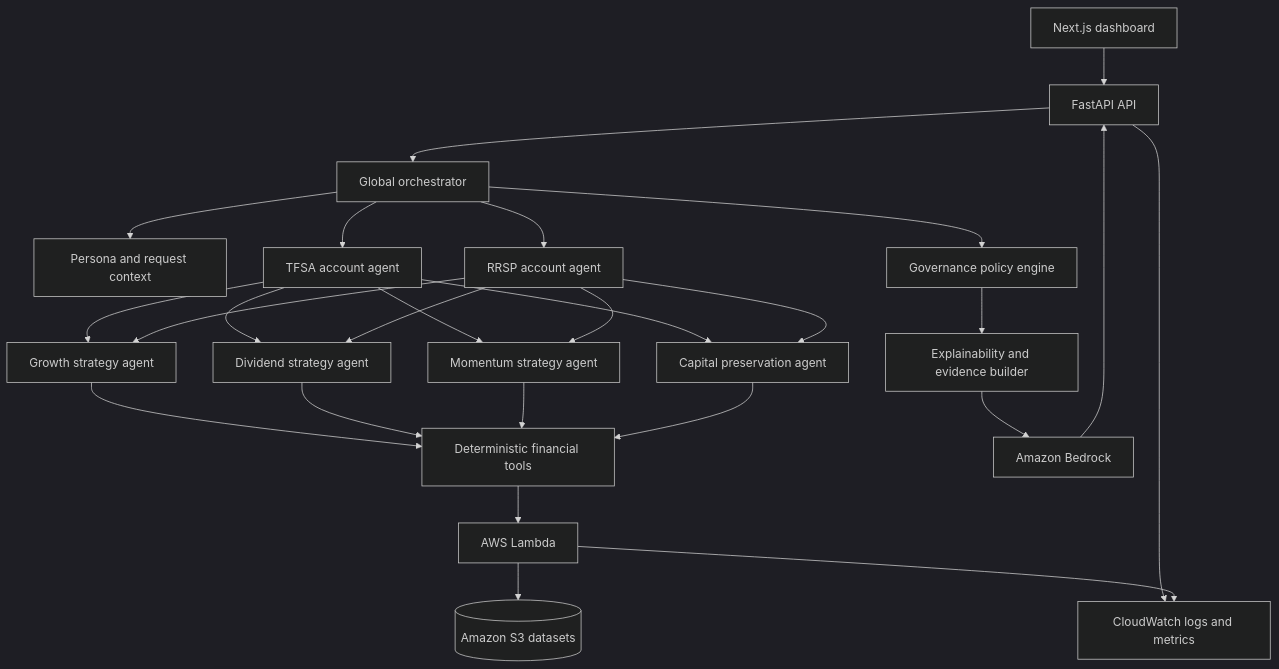
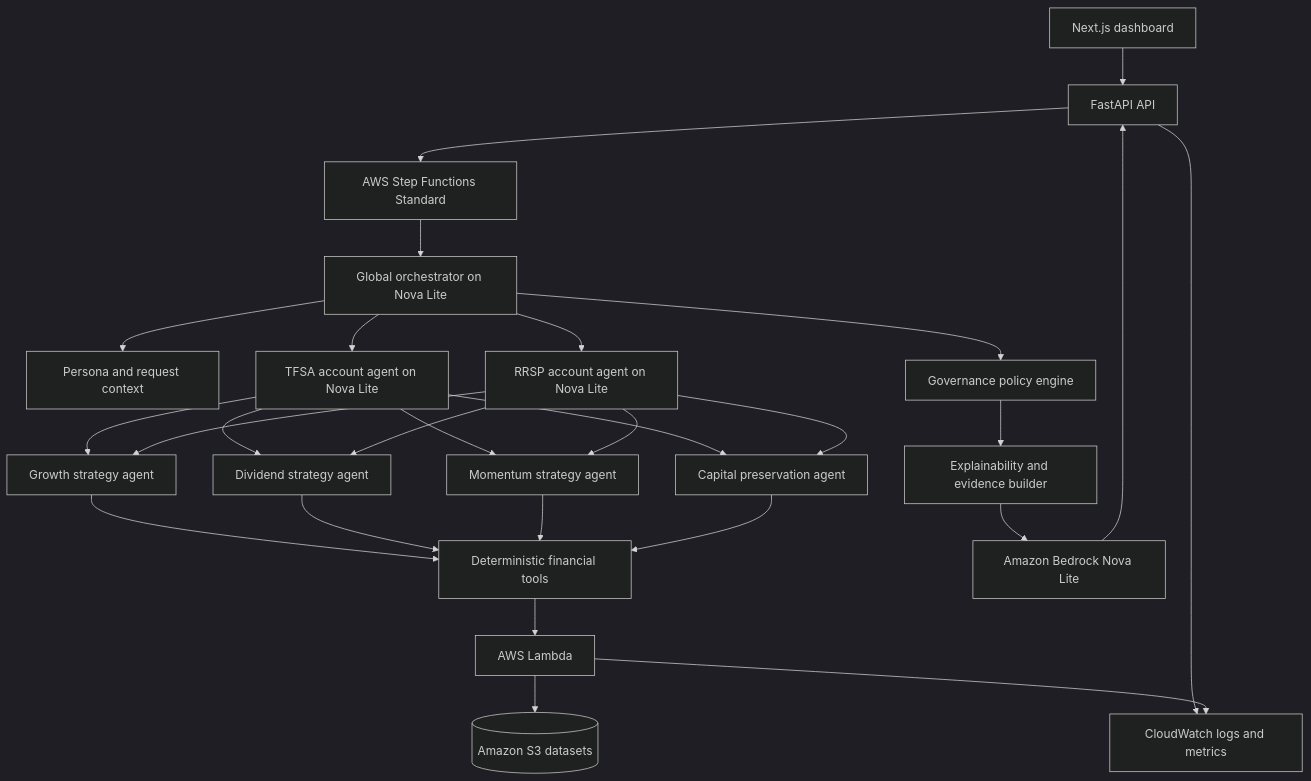
One commit to KneewYen/datathon2026 changed the diagram in docs/IMPLEMENTATION_PLAN.md. Above: the diagram before and after it, drawn with Mermaid (dark theme). The commit also changed other lines of this file and 6 other files, not shown here.

````diff
--- a/docs/IMPLEMENTATION_PLAN.md
+++ b/docs/IMPLEMENTATION_PLAN.md
@@ -170,34 +193,35 @@
 ```mermaid
 flowchart TD
     UI[Next.js dashboard] --> API[FastAPI API]
-    API --> ORCH[Global orchestrator]
+    API --> SFN[AWS Step Functions Standard]
+    SFN --> ORCH[Global orchestrator on Nova Lite]
 
     ORCH --> PROFILE[Persona and request context]
-    ORCH --> TFSA[TFSA account agent]
-    ORCH --> RRSP[RRSP account agent]
+    ORCH --> TFSA[TFSA account agent on Nova Lite]
+    ORCH --> RRSP[RRSP account agent on Nova Lite]
 
     TFSA --> GROWTH[Growth strategy agent]
     TFSA --> DIVIDEND[Dividend strategy agent]
     TFSA --> MOMENTUM[Momentum strategy agent]
     TFSA --> PRESERVE[Capital preservation agent]
     RRSP --> GROWTH
     RRSP --> DIVIDEND
     RRSP --> MOMENTUM
     RRSP --> PRESERVE
 
     GROWTH --> TOOLS[Deterministic financial tools]
     DIVIDEND --> TOOLS
     MOMENTUM --> TOOLS
     PRESERVE --> TOOLS
 
     TOOLS --> LAMBDA[AWS Lambda]
     LAMBDA --> S3[(Amazon S3 datasets)]
 
     ORCH --> GOV[Governance policy engine]
     GOV --> EXPLAIN[Explainability and evidence builder]
-    EXPLAIN --> BEDROCK[Amazon Bedrock]
+    EXPLAIN --> BEDROCK[Amazon Bedrock Nova Lite]
     BEDROCK --> API
 
     API --> CW[CloudWatch logs and metrics]
     LAMBDA --> CW
 ```
````
